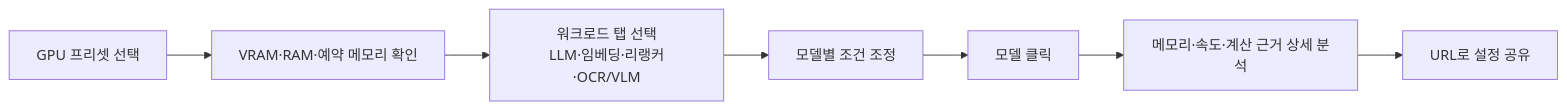
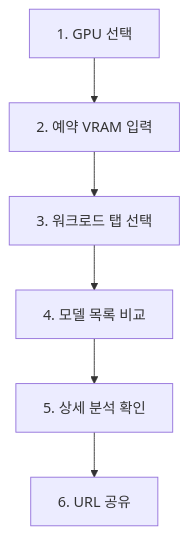
One commit to jaeseok614/llm-gpu-checker-ko changed the first of 5 diagrams in README.md. Above: the diagram before and after it, drawn with Mermaid. The commit also changed other lines of this file and 1 other file, not shown here.

Commit message:
Improve README diagram readability

````diff
--- a/README.md
+++ b/README.md
@@ -31,9 +31,11 @@
 ```mermaid
-flowchart LR
-  A[GPU 프리셋 선택] --> B[VRAM·RAM·예약 메모리 확인]
-  B --> C[워크로드 탭 선택<br/>LLM·임베딩·리랭커·OCR/VLM]
-  C --> D[모델별 조건 조정]
-  D --> E[모델 클릭]
-  E --> F[메모리·속도·계산 근거 상세 분석]
-  F --> G[URL로 설정 공유]
+flowchart TB
+  A["1. GPU 선택"]
+  B["2. 예약 VRAM 입력"]
+  C["3. 워크로드 탭 선택"]
+  D["4. 모델 목록 비교"]
+  E["5. 상세 분석 확인"]
+  F["6. URL 공유"]
+
+  A --> B --> C --> D --> E --> F
 ```
````
